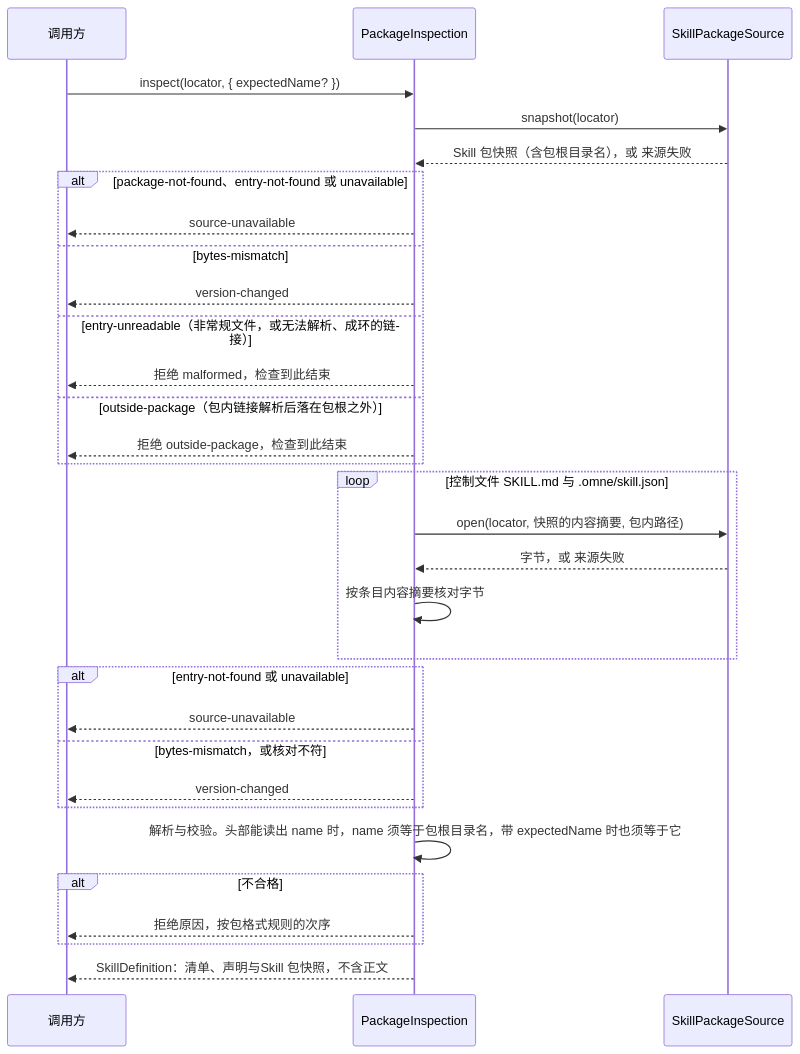
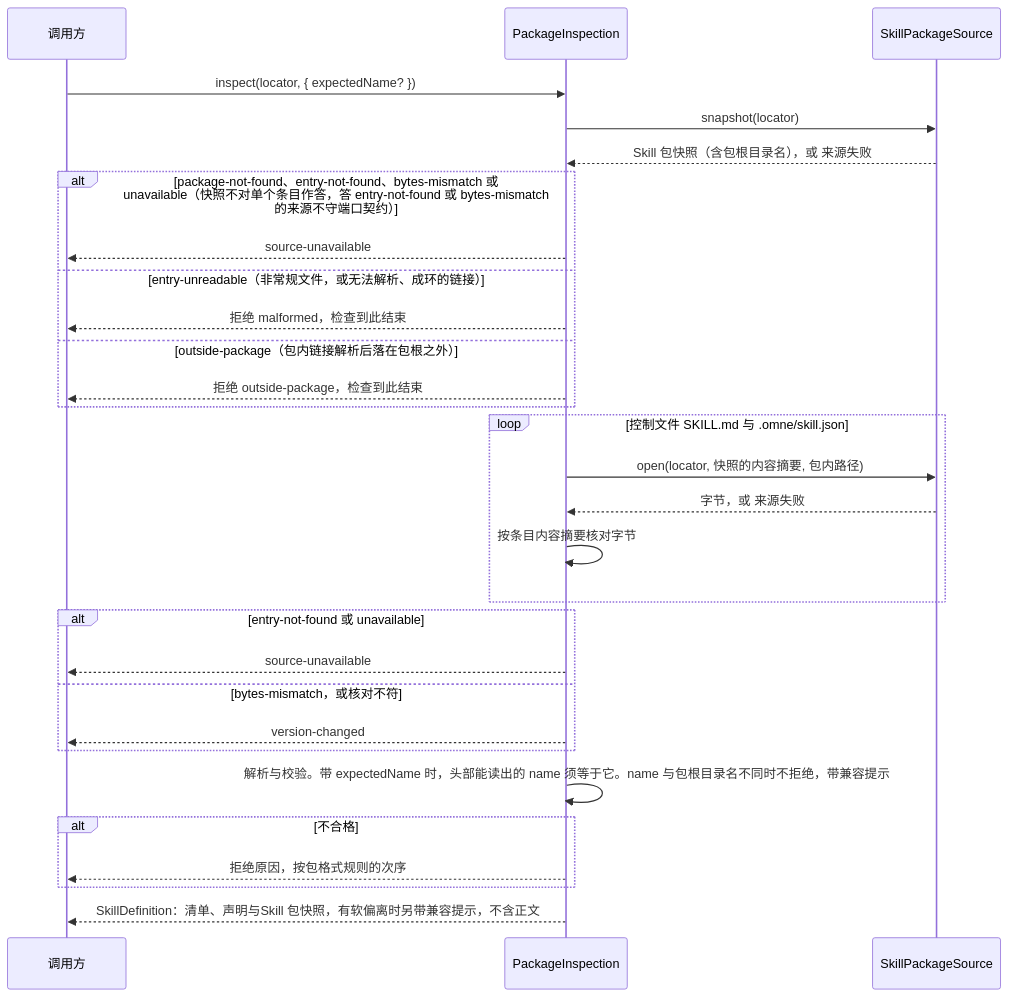
The first of 4 diagrams in packages/skills/docs/key-flows.md (nemori-ai/omne-harness-lite), drawn with Mermaid before and after one commit. The commit also changed other lines of this file and 4 other files, not shown here.

````diff
--- a/packages/skills/docs/key-flows.md
+++ b/packages/skills/docs/key-flows.md
@@ -9,33 +9,31 @@
 ```mermaid
 sequenceDiagram
   participant C as 调用方
   participant I as PackageInspection
   participant S as SkillPackageSource
   C->>I: inspect(locator, { expectedName? })
   I->>S: snapshot(locator)
   S-->>I: Skill 包快照（含包根目录名），或 来源失败
-  alt package-not-found、entry-not-found 或 unavailable
+  alt package-not-found、entry-not-found、bytes-mismatch 或 unavailable（快照不对单个条目作答，答 entry-not-found 或 bytes-mismatch 的来源不守端口契约）
     I-->>C: source-unavailable
-  else bytes-mismatch
-    I-->>C: version-changed
   else entry-unreadable（非常规文件，或无法解析、成环的链接）
     I-->>C: 拒绝 malformed，检查到此结束
   else outside-package（包内链接解析后落在包根之外）
     I-->>C: 拒绝 outside-package，检查到此结束
   end
   loop 控制文件 SKILL.md 与 .omne/skill.json
     I->>S: open(locator, 快照的内容摘要, 包内路径)
     S-->>I: 字节，或 来源失败
     I->>I: 按条目内容摘要核对字节
   end
   alt entry-not-found 或 unavailable
     I-->>C: source-unavailable
   else bytes-mismatch，或核对不符
     I-->>C: version-changed
   end
-  I->>I: 解析与校验。头部能读出 name 时，name 须等于包根目录名，带 expectedName 时也须等于它
+  I->>I: 解析与校验。带 expectedName 时，头部能读出的 name 须等于它。name 与包根目录名不同时不拒绝，带兼容提示
   alt 不合格
     I-->>C: 拒绝原因，按包格式规则的次序
   end
-  I-->>C: SkillDefinition：清单、声明与Skill 包快照，不含正文
+  I-->>C: SkillDefinition：清单、声明与Skill 包快照，有软偏离时另带兼容提示，不含正文
 ```
````
